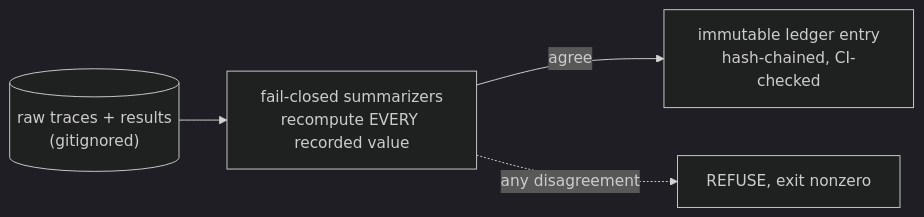
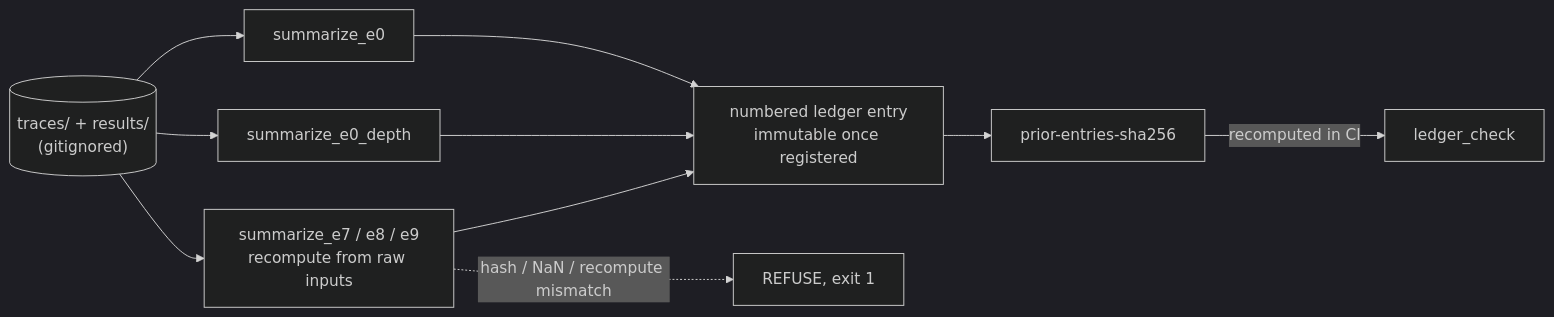
One commit to hossainpazooki/linear-ceiling changed the second of 7 diagrams in README.md. Above: the diagram before and after it, drawn with Mermaid (dark theme). The commit also changed other lines of this file and 1 other file, not shown here.

````diff
--- a/README.md
+++ b/README.md
@@ -52,6 +66,11 @@
 ```mermaid
 flowchart LR
-    RAW[("raw traces + results<br/>(gitignored)")] --> S["fail-closed summarizers<br/>recompute EVERY recorded value"]
-    S -->|agree| E[immutable ledger entry<br/>hash-chained, CI-checked]
-    S -.->|any disagreement| R[REFUSE, exit nonzero]
+    RAW[("traces/ + results/<br/>(gitignored)")] --> S1[summarize_e0]
+    RAW --> S2[summarize_e0_depth]
+    RAW --> S3[summarize_e7 / e8 / e9<br/>recompute from raw inputs]
+    S1 --> E[numbered ledger entry<br/>immutable once registered]
+    S2 --> E
+    S3 --> E
+    S3 -.->|hash / NaN / recompute mismatch| REF[REFUSE, exit 1]
+    E --> H[prior-entries-sha256] -->|recomputed in CI| LC[ledger_check]
 ```
````
